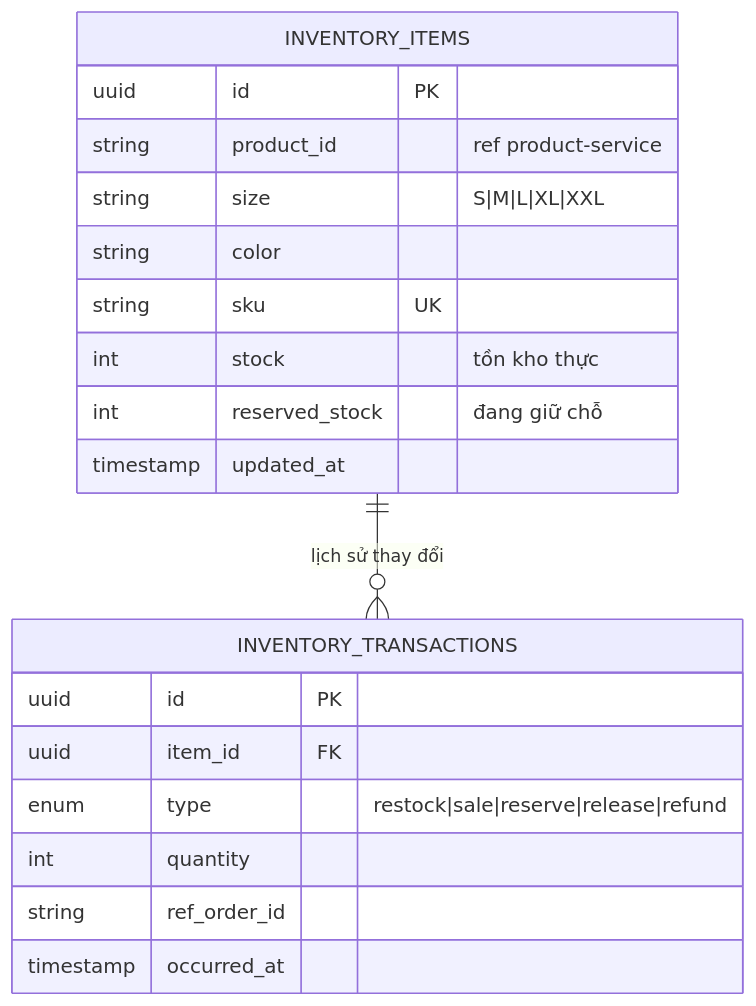
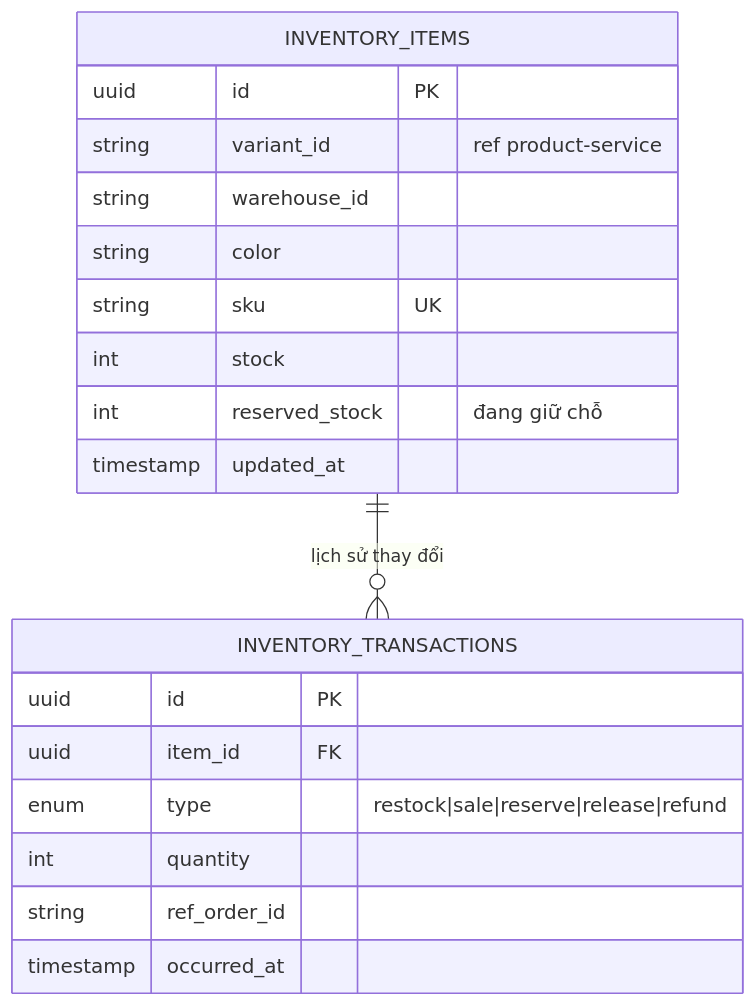
The fourth of 8 diagrams in my-app/microservice-architecture.md (nguyenhuynhphuongloc/AdvanceTechnology), drawn with Mermaid before and after one commit. The commit also changed other lines of this file and 15 other files, not shown here.

````diff
--- a/my-app/microservice-architecture.md
+++ b/my-app/microservice-architecture.md
@@ -375,22 +393,22 @@
 ```mermaid
 erDiagram
     INVENTORY_ITEMS {
         uuid    id              PK
-        string  product_id      "ref product-service"
-        string  size            "S|M|L|XL|XXL"
+        string  variant_id      "ref product-service"
+        string  warehouse_id
         string  color
         string  sku             UK
-        int     stock           "tồn kho thực"
+        int     stock
         int     reserved_stock  "đang giữ chỗ"
         timestamp updated_at
     }
     INVENTORY_TRANSACTIONS {
-        uuid    id          PK
-        uuid    item_id     FK
-        enum    type        "restock|sale|reserve|release|refund"
+        uuid    id              PK
+        uuid    item_id         FK
+        enum    type            "restock|sale|reserve|release|refund"
         int     quantity
         string  ref_order_id
         timestamp occurred_at
     }
     INVENTORY_ITEMS ||--o{ INVENTORY_TRANSACTIONS : "lịch sử thay đổi"
 ```
````
